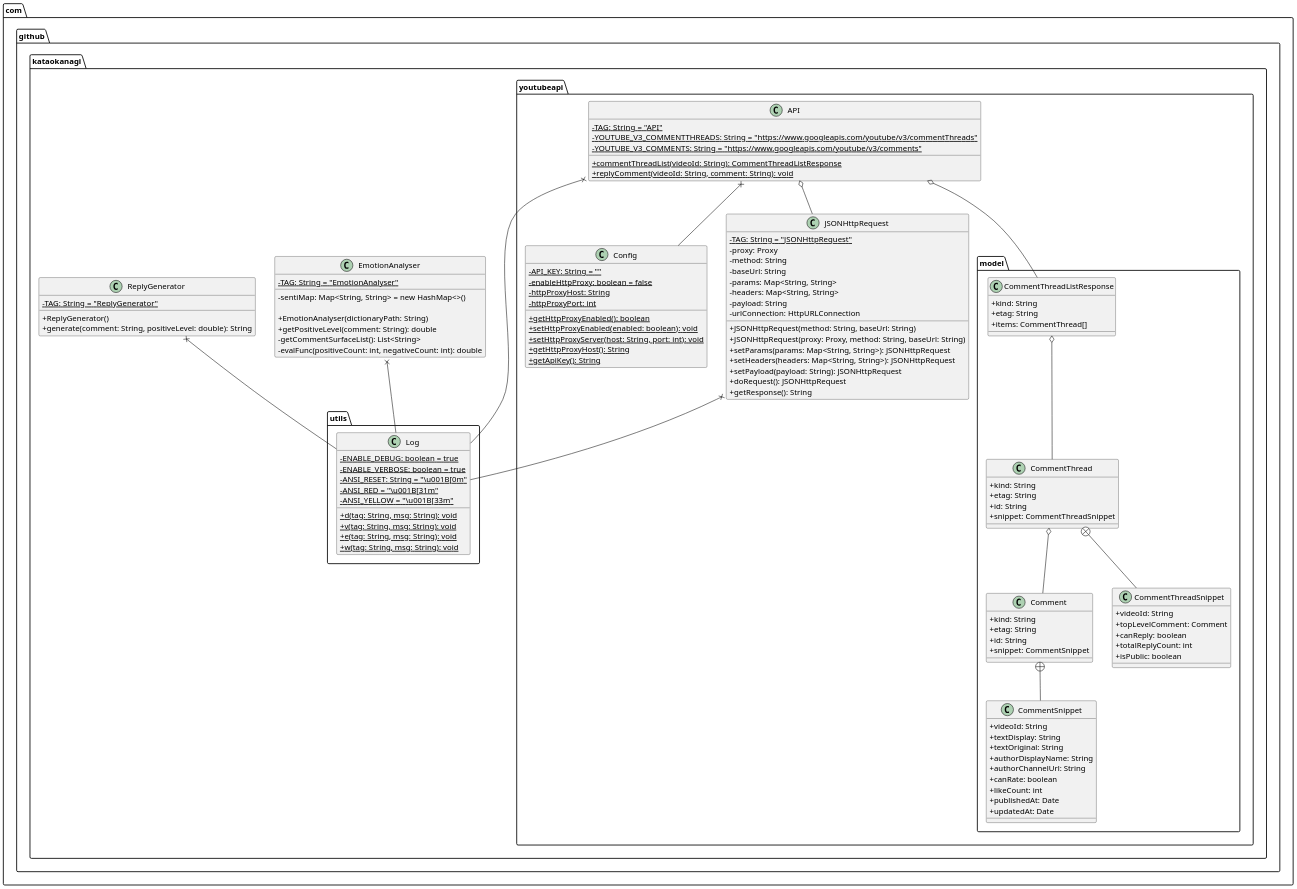
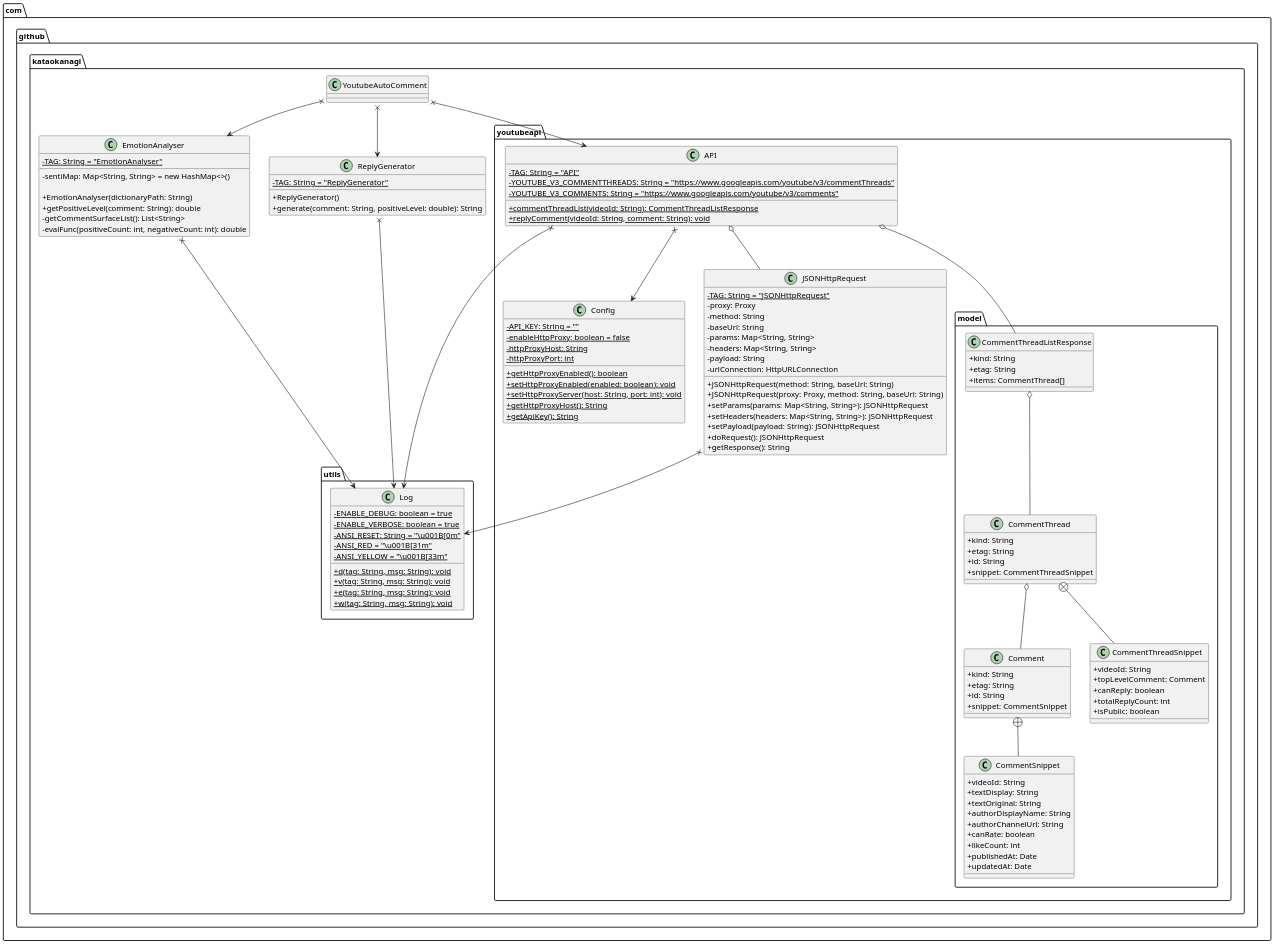
The diagram in uml/YoutubeAutoComment_ClassDiagram.pu (KataokaNagi/YoutubeAutoComment), drawn with PlantUML before and after one commit. The commit also changed other lines of this file and 2 other files, not shown here.

Commit message:
クラス図にYoutubeAutoCommentを追加

```diff
--- a/uml/YoutubeAutoComment_ClassDiagram.pu
+++ b/uml/YoutubeAutoComment_ClassDiagram.pu
@@ -13,168 +13,166 @@
 @startuml out/ClassDiagram.png
 scale 1.5
 skinparam DefaultFontName メイリオ
 ' 可視性の変更
 skinparam classAttributeIconSize 0
 
 ' class def
 ' @see https://qiita.com/KeithYokoma/items/ee21fec6a3ebb5d1e9a8
 
 package com.github.kataokanagi {
   package com.github.kataokanagi.utils {
   }
   package com.github.kataokanagi.youtubeapi {
-    package com.github.kataokanagi.youtubeapi.model {      
-    }    
+    package com.github.kataokanagi.youtubeapi.model {
+    }
   }
 }
 
 package com.github.kataokanagi.utils {
     class Log {
         - {static} ENABLE_DEBUG: boolean = true
         - {static} ENABLE_VERBOSE: boolean = true
         - {static} ANSI_RESET: String = "\u001B[0m"
         - {static} ANSI_RED = "\u001B[31m"
         - {static} ANSI_YELLOW = "\u001B[33m"
 
         + {static} d(tag: String, msg: String): void
         + {static} v(tag: String, msg: String): void
         + {static} e(tag: String, msg: String): void
         + {static} w(tag: String, msg: String): void
     }
 }
 
 package com.github.kataokanagi.youtubeapi.model {
     class Comment {
         + kind: String
         + etag: String
         + id: String
         + snippet: CommentSnippet
     }
 
     class CommentSnippet {
         + videoId: String
         + textDisplay: String
         + textOriginal: String
         + authorDisplayName: String
         + authorChannelUrl: String
         + canRate: boolean
         + likeCount: int
         + publishedAt: Date
         + updatedAt: Date
     }
 
     Comment +-- CommentSnippet
 
     class CommentThread {
         + kind: String
         + etag: String
         + id: String
         + snippet: CommentThreadSnippet
     }
 
     class CommentThreadSnippet {
         + videoId: String
         + topLevelComment: Comment
         + canReply: boolean
         + totalReplyCount: int
         + isPublic: boolean
     }
 
     CommentThread +-- CommentThreadSnippet
 
     class CommentThreadListResponse {
         + kind: String
         + etag: String
         + items: CommentThread[]
     }
 
     CommentThreadListResponse o-- CommentThread
     CommentThread o-- Comment
 }
 
 package com.github.kataokanagi.youtubeapi {
     class API {
         - {static} TAG: String = "API"
         - {static} YOUTUBE_V3_COMMENTTHREADS: String = "https://www.googleapis.com/youtube/v3/commentThreads"
         - {static} YOUTUBE_V3_COMMENTS: String = "https://www.googleapis.com/youtube/v3/comments"
 
         + {static} commentThreadList(videoId: String): CommentThreadListResponse
         + {static} replyComment(videoId: String, comment: String): void
     }
 
     class Config {
         - {static} API_KEY: String = ""
         - {static} enableHttpProxy: boolean = false
         - {static} httpProxyHost: String
         - {static} httpProxyPort: int
 
         + {static} getHttpProxyEnabled(): boolean
         + {static} setHttpProxyEnabled(enabled: boolean): void
         + {static} setHttpProxyServer(host: String, port: int): void
         + {static} getHttpProxyHost(): String
         + {static} getApiKey(): String
     }
 
     class JSONHttpRequest {
         - {static} TAG: String = "JSONHttpRequest"
         - proxy: Proxy
         - method: String
         - baseUrl: String
         - params: Map<String, String>
         - headers: Map<String, String>
         - payload: String
         - urlConnection: HttpURLConnection
 
         + JSONHttpRequest(method: String, baseUrl: String)
         + JSONHttpRequest(proxy: Proxy, method: String, baseUrl: String)
         + setParams(params: Map<String, String>): JSONHttpRequest
         + setHeaders(headers: Map<String, String>): JSONHttpRequest
         + setPayload(payload: String): JSONHttpRequest
         + doRequest(): JSONHttpRequest
         + getResponse(): String
     }
 }
 
 package com.github.kataokanagi {
+    class YoutubeAutoComment {
+    }
+
     class EmotionAnalyser {
         - {static} TAG: String = "EmotionAnalyser"
         - sentiMap: Map<String, String> = new HashMap<>()
 
         + EmotionAnalyser(dictionaryPath: String)
         + getPositiveLevel(comment: String): double
         - getCommentSurfaceList(): List<String>
         - evalFunc(positiveCount: int, negativeCount: int): double
     }
 
     class ReplyGenerator {
         - {static} TAG: String = "ReplyGenerator"
 
         + ReplyGenerator()
         + generate(comment: String, positiveLevel: double): String
     }
 }
 
 API o-- CommentThreadListResponse
 
 ' API o-- Log
-EmotionAnalyser x-- Log
-ReplyGenerator x-- Log
-JSONHttpRequest x-- Log
+EmotionAnalyser x--> Log
+ReplyGenerator x--> Log
+JSONHttpRequest x--> Log
+
+
 
 API o-- JSONHttpRequest
-API x-- Log
-API x-- Config
+API x--> Log
+API x--> Config
 
-' package com.github.kataokanagi {
-'     package utils {
+YoutubeAutoComment x--> API
+YoutubeAutoComment x--> EmotionAnalyser
+YoutubeAutoComment x--> ReplyGenerator
 
-'     }
-
-'     package youtubeapi {
-'         package model {
-
-'         }
-'     }
-' }
 
 @enduml
```
